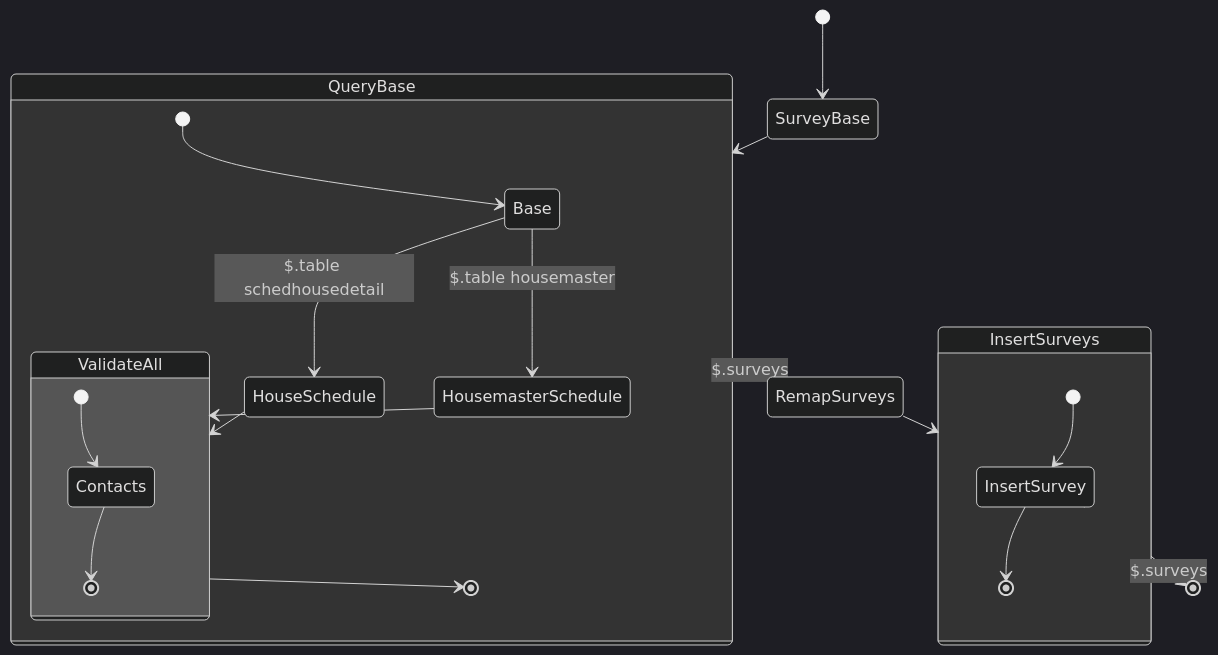
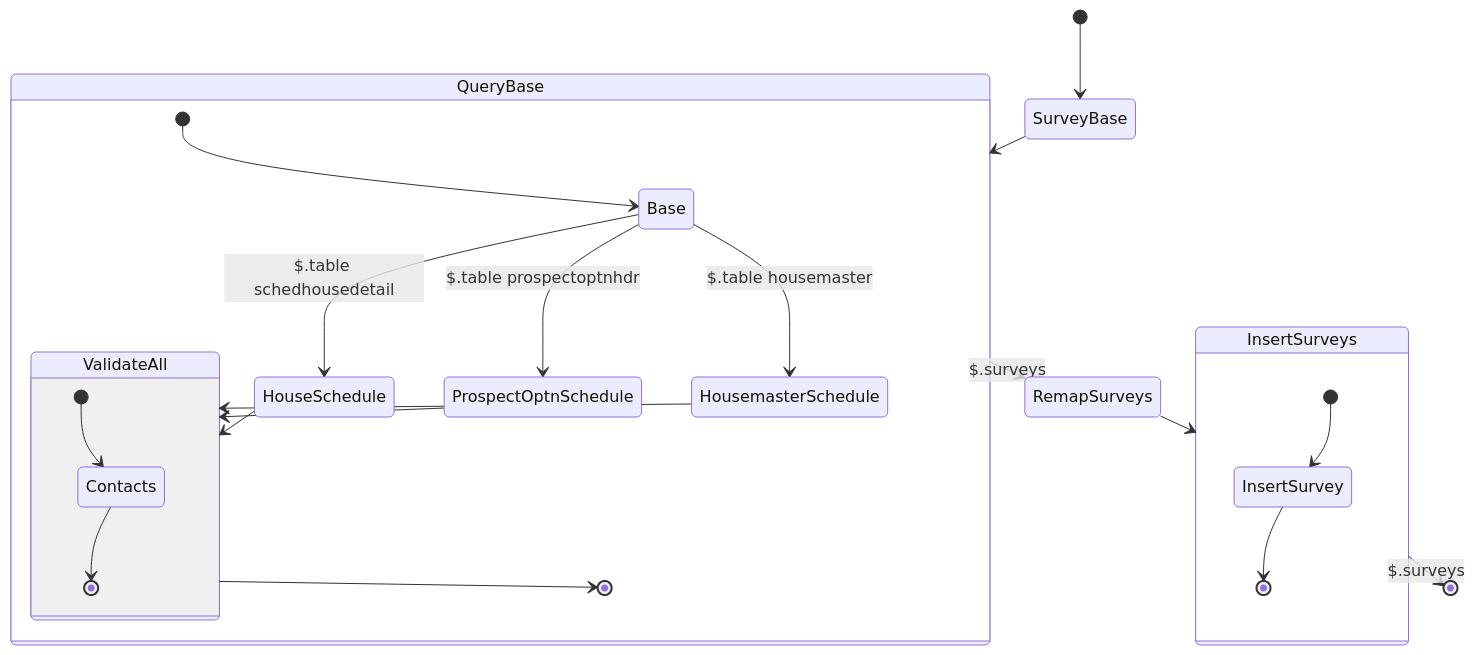
One commit to alexwine36/Portfolio changed the second of 2 diagrams in apps/portfolio/content/projects/customer-surveys/index.md. Above: the diagram before and after it, drawn with Mermaid. The commit also changed other lines of this file and 1 other file, not shown here.

````diff
--- a/apps/portfolio/content/projects/customer-surveys/index.md
+++ b/apps/portfolio/content/projects/customer-surveys/index.md
@@ -73,29 +78,30 @@
 ```mermaid
-%%{init: {'theme': 'dark'} }%%
 stateDiagram-v2
 [*] --> SurveyBase
 SurveyBase --> QueryBase
 QueryBase --> RemapSurveys: $.surveys
 QueryBase --> Base
 state QueryBase {
 [*] --> Base
 Base --> HouseSchedule: $.table schedhousedetail
+Base --> ProspectOptnSchedule: $.table prospectoptnhdr
 Base --> HousemasterSchedule: $.table housemaster
 HousemasterSchedule --> ValidateAll
+ProspectOptnSchedule --> ValidateAll
 HouseSchedule --> ValidateAll
 ValidateAll --> [*]
 ValidateAll --> Contacts
 state ValidateAll {
 [*] --> Contacts
 Contacts --> [*]
 }
 }
 RemapSurveys --> InsertSurveys
 InsertSurveys --> [*]: $.surveys
 InsertSurveys --> InsertSurvey
 state InsertSurveys {
 [*] --> InsertSurvey
 InsertSurvey --> [*]
 }
 
 ```
````
